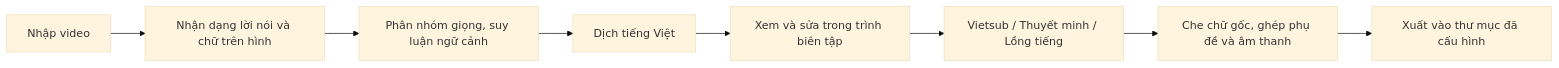
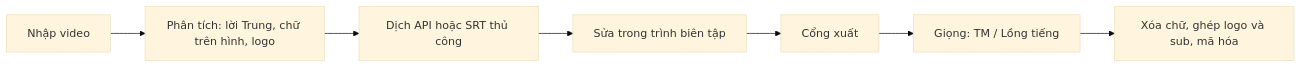
The diagram in docs/LUONG-KY-THUAT-HIEN-TAI.md (HuynhThanhPhuong/DubFlow), drawn with Mermaid (base theme) before and after one commit. The commit also changed other lines of this file, not shown here.

Commit message:
docs: update current technical flow after P1-P6

````diff
--- a/docs/LUONG-KY-THUAT-HIEN-TAI.md
+++ b/docs/LUONG-KY-THUAT-HIEN-TAI.md
@@ -11,10 +11,9 @@
 ```mermaid
 flowchart LR
-    A[Nhập video] --> B[Nhận dạng lời nói và chữ trên hình]
-    B --> C[Phân nhóm giọng, suy luận ngữ cảnh]
-    C --> D[Dịch tiếng Việt]
-    D --> E[Xem và sửa trong trình biên tập]
-    E --> F[Vietsub / Thuyết minh / Lồng tiếng]
-    F --> G[Che chữ gốc, ghép phụ đề và âm thanh]
-    G --> H[Xuất vào thư mục đã cấu hình]
+    A[Nhập video] --> B[Phân tích: lời Trung, chữ trên hình, logo]
+    B --> C[Dịch API hoặc SRT thủ công]
+    C --> D[Sửa trong trình biên tập]
+    D --> E[Cổng xuất]
+    E --> F[Giọng: TM / Lồng tiếng]
+    F --> G[Xóa chữ, ghép logo và sub, mã hóa]
 ```
````
